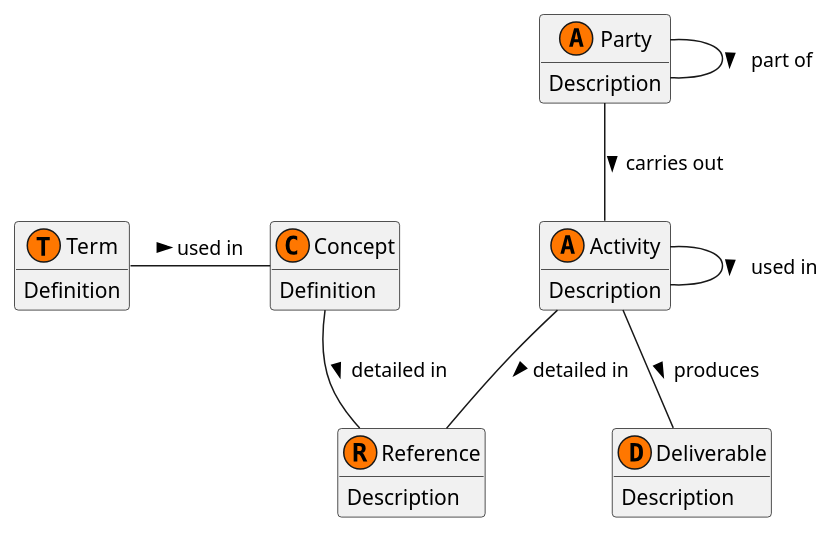
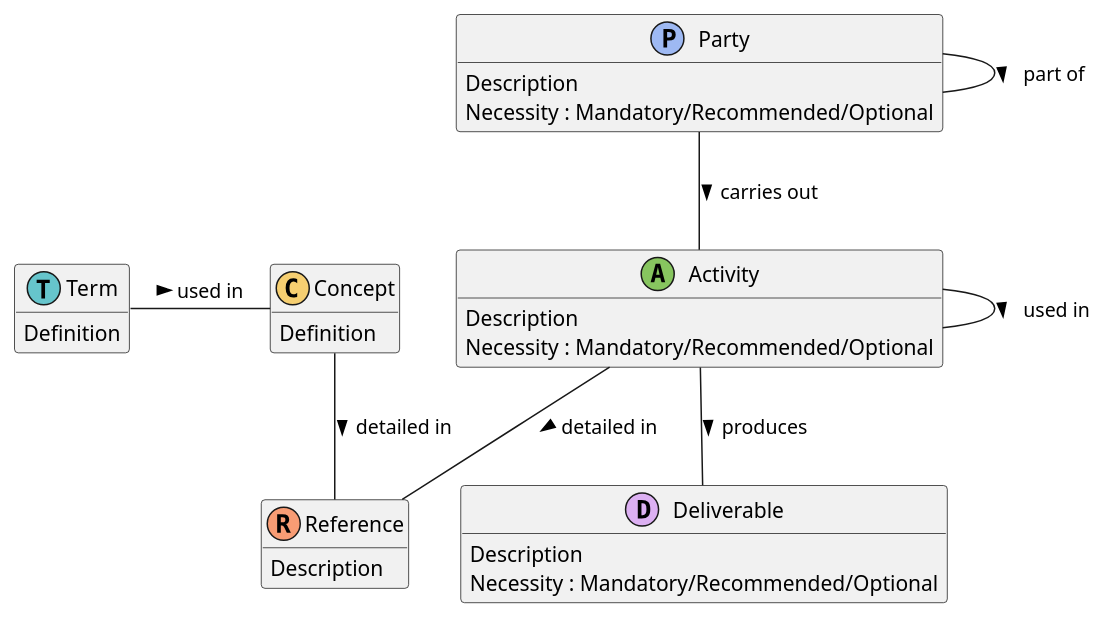
One commit to johnwelford/standardsModel changed the diagram in metamodel.puml. Above: the diagram before and after it, drawn with PlantUML.

```diff
--- a/metamodel.puml
+++ b/metamodel.puml
@@ -1,37 +1,42 @@
 @startuml
 'title Standard modelling metamodel
 'scale 1000 width
 'skinparam packageStyle frame
 'skinparam linetype polyline
 'top to bottom direction
 hide empty members
 'hide circle
 'hide stereotype 
 
-class term as "Term" << (T,#FF7700) >> {
+' spare colours from the palette... #FE88B1,#C9DB74,#8BE0A4,#B497E7,#D3B484,#B3B3B3
+
+class term as "Term" << (T,#66C5CC) >> {
 {field} Definition
 }
-class concept as "Concept"<< (C,#FF7700) >> {
+class concept as "Concept"<< (C,#F6CF71) >> {
 {field} Definition
 }
-class reference as "Reference" << (R,#FF7700) >> {
+class reference as "Reference" << (R,#F89C74) >> {
 {field} Description
 }
-class deliverable as "Deliverable" << (D,#FF7700) >> {
+class deliverable as "Deliverable" << (D,#DCB0F2) >> {
 {field} Description
+Necessity : Mandatory/Recommended/Optional
 }
-class activity as "Activity" << (A,#FF7700) >> {
+class activity as "Activity" << (A,#87C55F) >> {
 {field} Description
+Necessity : Mandatory/Recommended/Optional
 }
-class party as "Party" << (A,#FF7700) >> {
+class party as "Party" << (P,#9EB9F3) >> {
 {field} Description
+Necessity : Mandatory/Recommended/Optional
 }
 
 term - concept : used in >
 activity -- activity : used in >
 party -- party : part of >
 activity -- deliverable : produces >
 party -- activity : carries out >
 activity -- reference : detailed in >
 concept -- reference : detailed in >
 @enduml
```
